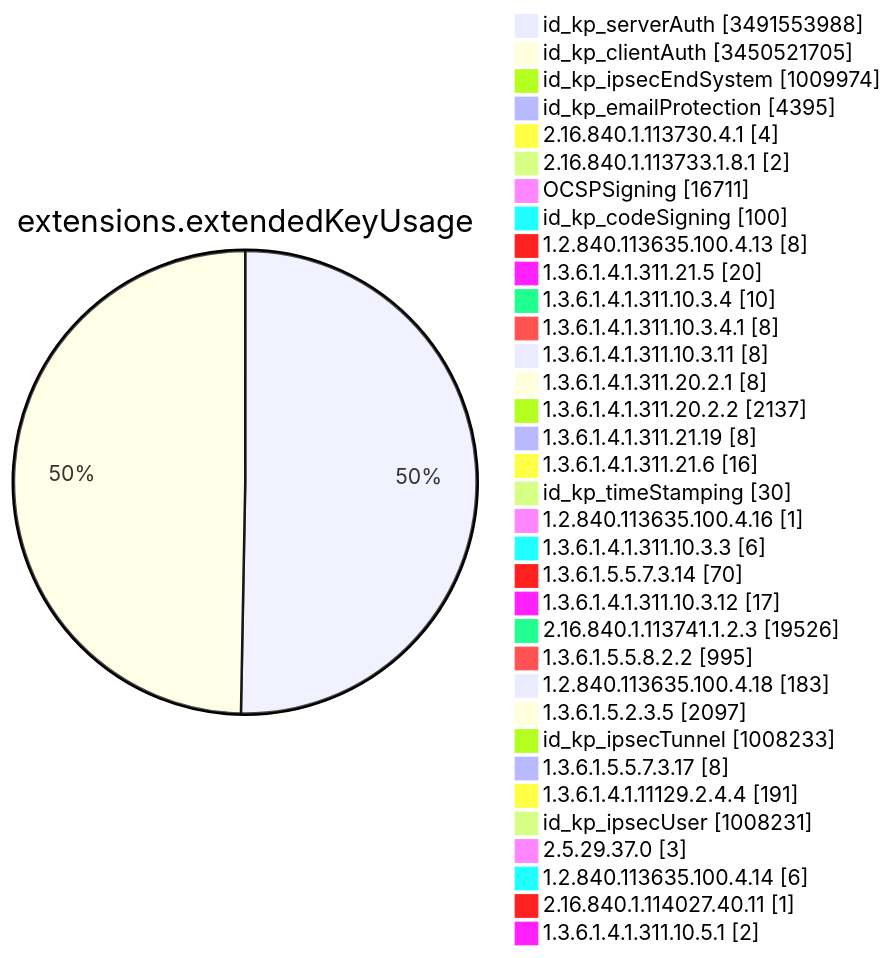
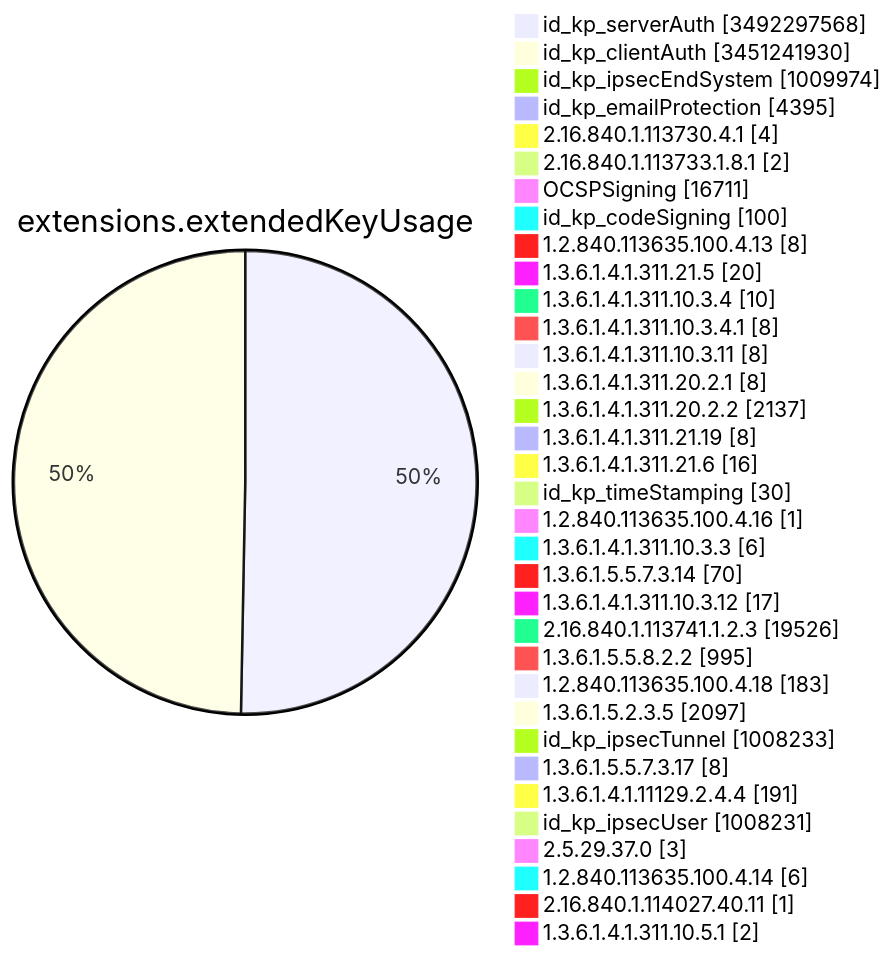
One commit to christiankrug/ctmonitor_visualization changed diagram 11 of 15 in TOTAL/README.md. Above: the diagram before and after it, drawn with Mermaid. The commit also changed other lines of this file, not shown here.

````diff
--- a/TOTAL/README.md
+++ b/TOTAL/README.md
@@ -4124,38 +4124,38 @@
 ```mermaid
 pie showData
 title extensions.extendedKeyUsage
-"id_kp_serverAuth" :3491553988
-"id_kp_clientAuth" :3450521705
+"id_kp_serverAuth" :3492297568
+"id_kp_clientAuth" :3451241930
 "id_kp_ipsecEndSystem" :1009974
 "id_kp_emailProtection" :4395
 "2.16.840.1.113730.4.1" :4
 "2.16.840.1.113733.1.8.1" :2
 "OCSPSigning" :16711
 "id_kp_codeSigning" :100
 "1.2.840.113635.100.4.13" :8
 "1.3.6.1.4.1.311.21.5" :20
 "1.3.6.1.4.1.311.10.3.4" :10
 "1.3.6.1.4.1.311.10.3.4.1" :8
 "1.3.6.1.4.1.311.10.3.11" :8
 "1.3.6.1.4.1.311.20.2.1" :8
 "1.3.6.1.4.1.311.20.2.2" :2137
 "1.3.6.1.4.1.311.21.19" :8
 "1.3.6.1.4.1.311.21.6" :16
 "id_kp_timeStamping" :30
 "1.2.840.113635.100.4.16" :1
 "1.3.6.1.4.1.311.10.3.3" :6
 "1.3.6.1.5.5.7.3.14" :70
 "1.3.6.1.4.1.311.10.3.12" :17
 "2.16.840.1.113741.1.2.3" :19526
 "1.3.6.1.5.5.8.2.2" :995
 "1.2.840.113635.100.4.18" :183
 "1.3.6.1.5.2.3.5" :2097
 "id_kp_ipsecTunnel" :1008233
 "1.3.6.1.5.5.7.3.17" :8
 "1.3.6.1.4.1.11129.2.4.4" :191
 "id_kp_ipsecUser" :1008231
 "2.5.29.37.0" :3
 "1.2.840.113635.100.4.14" :6
 "2.16.840.1.114027.40.11" :1
 "1.3.6.1.4.1.311.10.5.1" :2
 ```
````
